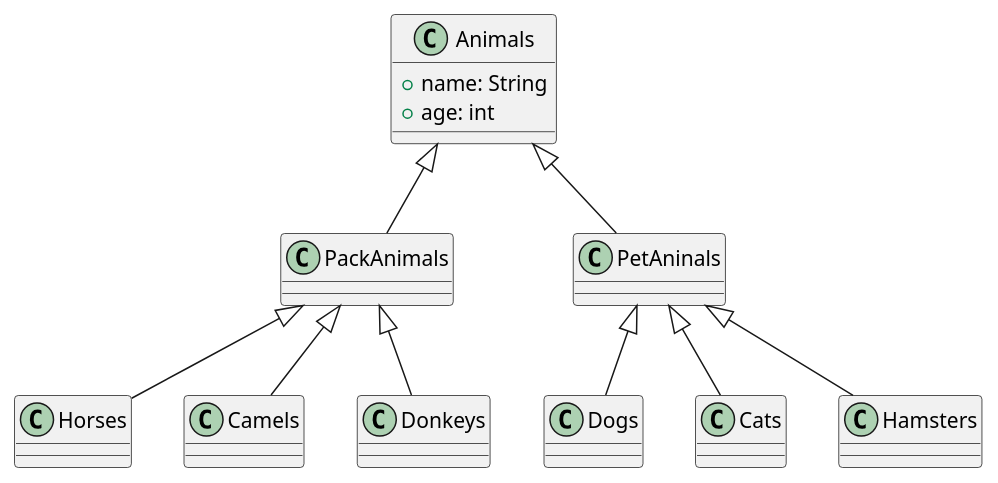
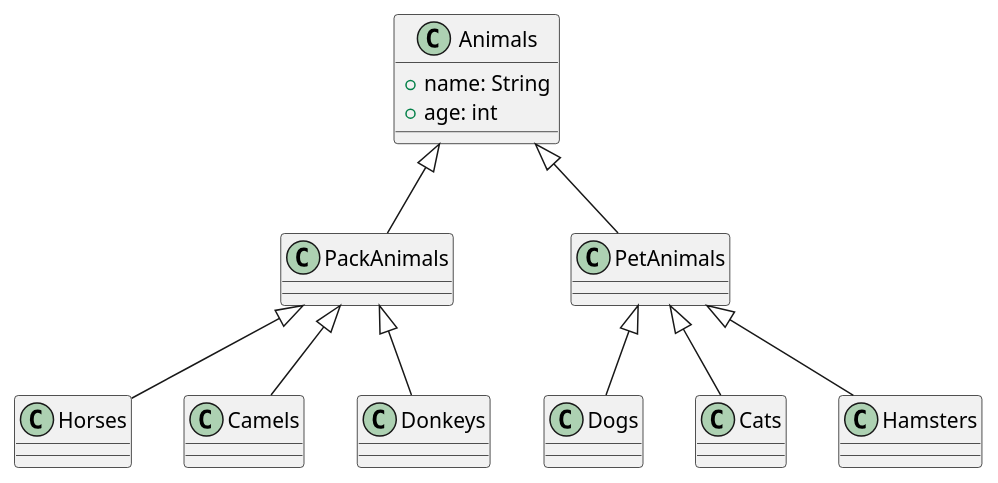
Before and after one commit to learningongb/itog: the diagram in diagram.puml, drawn with PlantUML. The commit also changed 1 other file, not shown here.

Commit message:
SQL запросы к заданиям 7-12. Исправил орфографические ошибки в диаграмме.

```diff
--- a/diagram.puml
+++ b/diagram.puml
@@ -1,41 +1,41 @@
 @startuml
 
 
 class Animals {
     +name: String
     +age: int
 }
 
 class PackAnimals extends Animals {
 
 }
 
 class Horses extends PackAnimals {
 
 }
 
 class Camels extends PackAnimals {
     
 }
 
 class Donkeys extends PackAnimals {
     
 }
 
-class PetAninals extends Animals {
+class PetAnimals extends Animals {
 
 }
 
-class Dogs extends PetAninals {
+class Dogs extends PetAnimals {
 
 }
 
-class Cats extends PetAninals {
+class Cats extends PetAnimals {
     
 }
 
-class Hamsters extends PetAninals {
+class Hamsters extends PetAnimals {
     
 }
 
 @enduml
```
